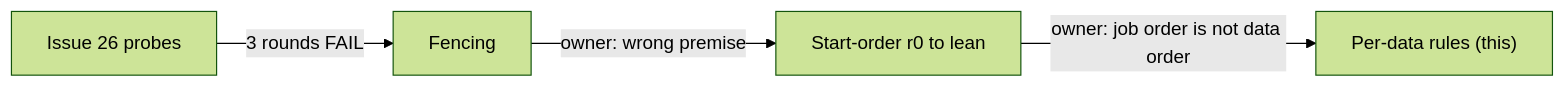
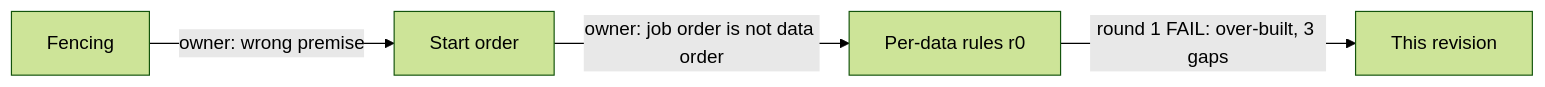
Before and after one commit to mcurcio/photo-wall: the fourth of 4 diagrams in docs/central-idempotent-jobs.md, drawn with Mermaid (forest theme). The commit also changed other lines of this file and 10 other files, not shown here.

First line of the commit message:
docs(design): per-data idempotency — round-1 review revisions

````diff
--- a/docs/central-idempotent-jobs.md
+++ b/docs/central-idempotent-jobs.md
@@ -285,6 +208,6 @@
 ```mermaid
 graph LR
-  P["Issue 26 probes"] -- "3 rounds FAIL" --> F["Fencing"]
-  F -- "owner: wrong premise" --> S["Start-order r0 to lean"]
-  S -- "owner: job order is not data order" --> D["Per-data rules (this)"]
+  F["Fencing"] -- "owner: wrong premise" --> S["Start order"]
+  S -- "owner: job order is not data order" --> D["Per-data rules r0"]
+  D -- "round 1 FAIL: over-built, 3 gaps" --> R["This revision"]
 ```
````
